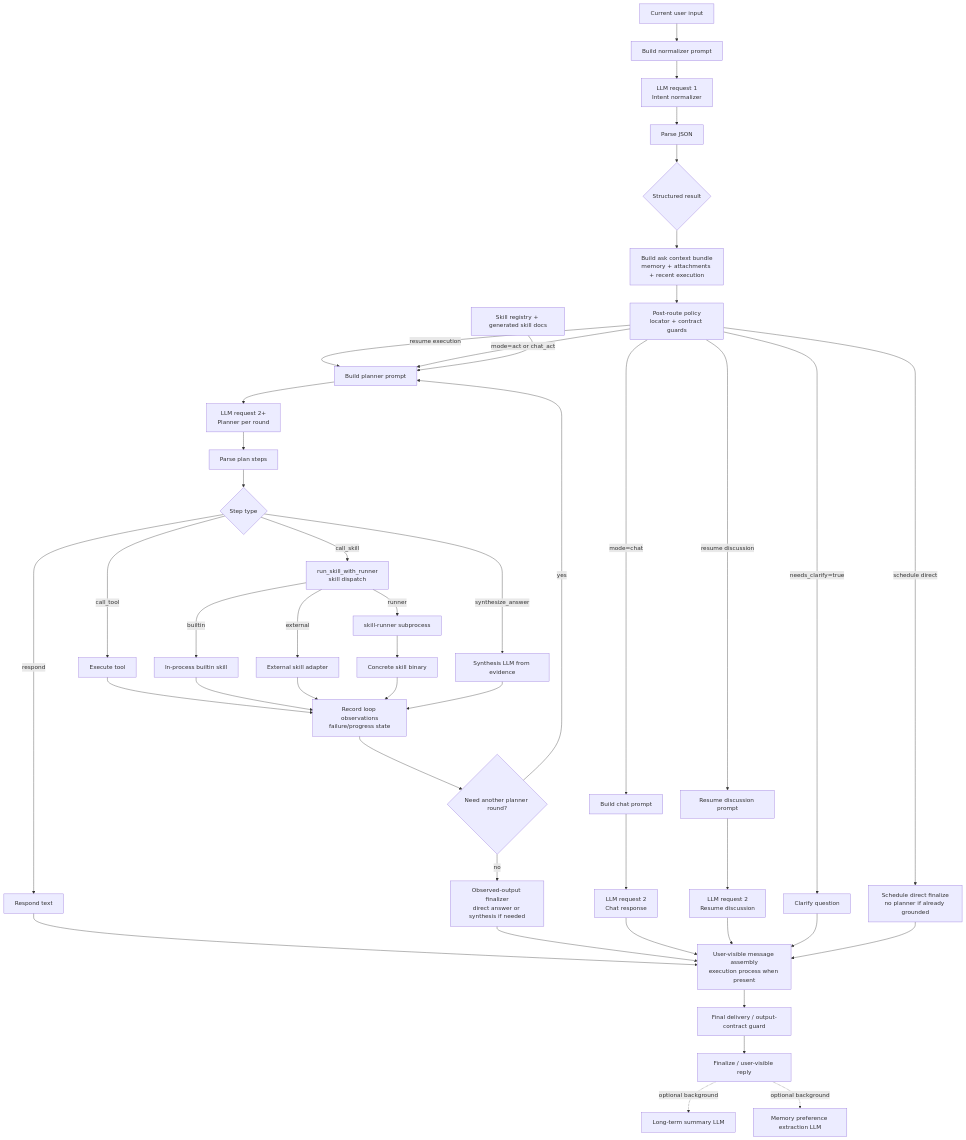
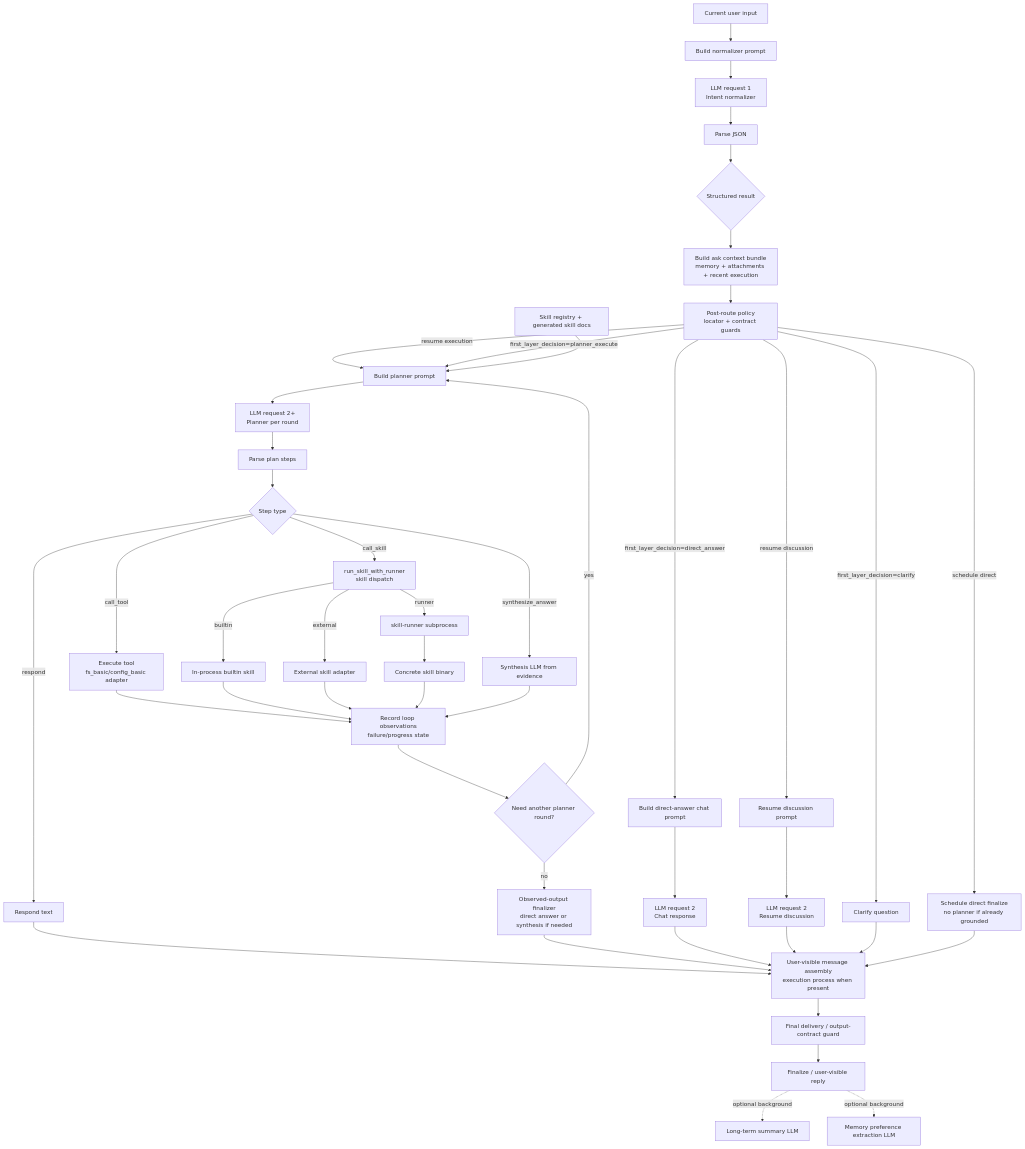
One commit to MatrixCoreX/RustClaw changed the second of 2 diagrams in README.md. Above: the diagram before and after it, drawn with Mermaid. The commit also changed other lines of this file and 75 other files, not shown here.

````diff
--- a/README.md
+++ b/README.md
@@ -108,47 +108,47 @@
 ```mermaid
 flowchart TD
     A[Current user input] --> B[Build normalizer prompt]
     B --> C[LLM request 1<br/>Intent normalizer]
     C --> D[Parse JSON]
     D --> E{Structured result}
     E --> Ec[Build ask context bundle<br/>memory + attachments + recent execution]
     Ec --> E2[Post-route policy<br/>locator + contract guards]
     E2 -->|schedule direct| Fs[Schedule direct finalize<br/>no planner if already grounded]
     E2 -->|resume discussion| Fr[Resume discussion prompt]
     E2 -->|resume execution| H
-    E2 -->|needs_clarify=true| F[Clarify question]
-    E2 -->|mode=chat| G[Build chat prompt]
-    E2 -->|mode=act or chat_act| H[Build planner prompt]
+    E2 -->|first_layer_decision=clarify| F[Clarify question]
+    E2 -->|first_layer_decision=direct_answer| G[Build direct-answer chat prompt]
+    E2 -->|first_layer_decision=planner_execute| H[Build planner prompt]
     SK[Skill registry + generated skill docs] --> H
     G --> Ic[LLM request 2<br/>Chat response]
     Fr --> Ir[LLM request 2<br/>Resume discussion]
     H --> Ip[LLM request 2+<br/>Planner per round]
     Ip --> J[Parse plan steps]
     J --> K{Step type}
     K -->|respond| L[Respond text]
-    K -->|call_tool| M[Execute tool]
+    K -->|call_tool| M[Execute tool<br/>fs_basic/config_basic adapter]
     K -->|call_skill| Ms[run_skill_with_runner<br/>skill dispatch]
     Ms -->|builtin| Msb[In-process builtin skill]
     Ms -->|external| Mse[External skill adapter]
     Ms -->|runner| Msr[skill-runner subprocess]
     Msr --> Msbinary[Concrete skill binary]
     K -->|synthesize_answer| N[Synthesis LLM from evidence]
     M --> O[Record loop observations<br/>failure/progress state]
     Msb --> O
     Mse --> O
     Msbinary --> O
     N --> O
     O --> P{Need another planner round?}
     P -->|yes| H
     P -->|no| Q[Observed-output finalizer<br/>direct answer or synthesis if needed]
     L --> VP[User-visible message assembly<br/>execution process when present]
     Q --> VP
     Ic --> VP
     Ir --> VP
     F --> VP
     Fs --> VP
     VP --> R[Final delivery / output-contract guard]
     R --> S[Finalize / user-visible reply]
     S -. optional background .-> T[Long-term summary LLM]
     S -. optional background .-> U[Memory preference extraction LLM]
 ```
````
